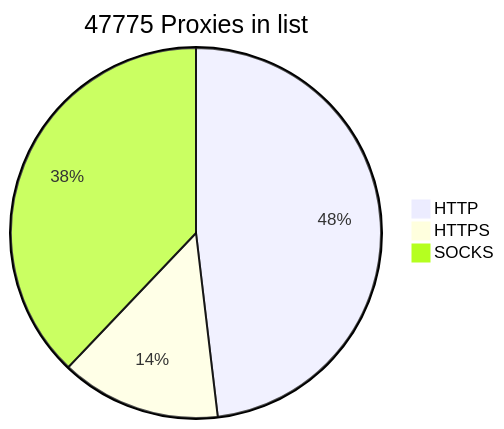
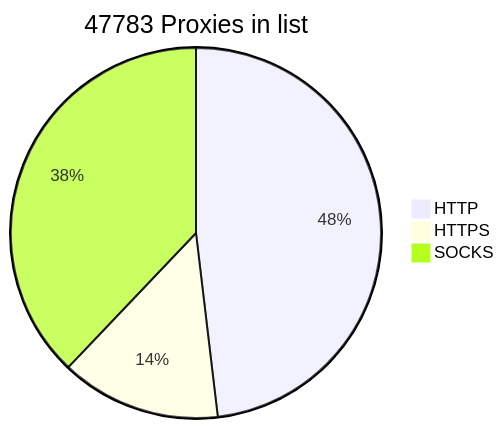
Before and after one commit to BlackSnowDot/proxylist-update-every-minute: the diagram in README.md, drawn with Mermaid.

````diff
--- a/README.md
+++ b/README.md
@@ -2,6 +2,6 @@
 ```mermaid
-pie title 47775 Proxies in list
-    "HTTP" : 25703
-    "HTTPS": 7467
-    "SOCKS" : 20241
+pie title 47783 Proxies in list
+    "HTTP" : 25709
+    "HTTPS": 7473
+    "SOCKS" : 20246
 ```
````
